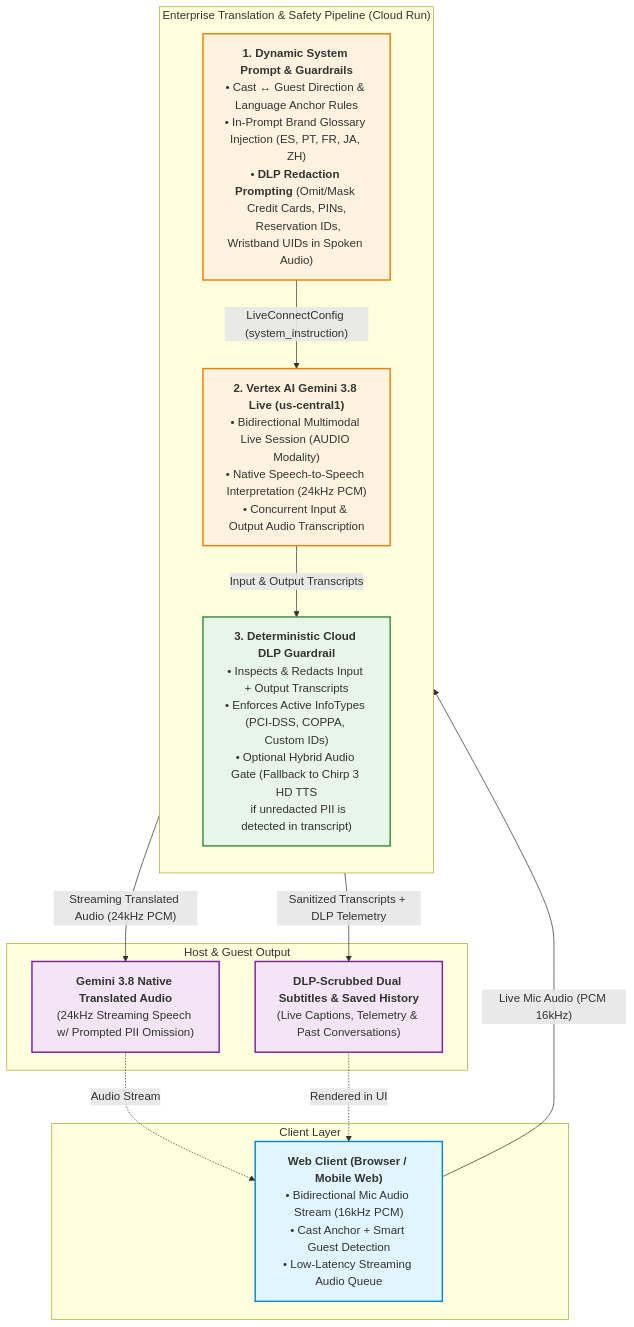
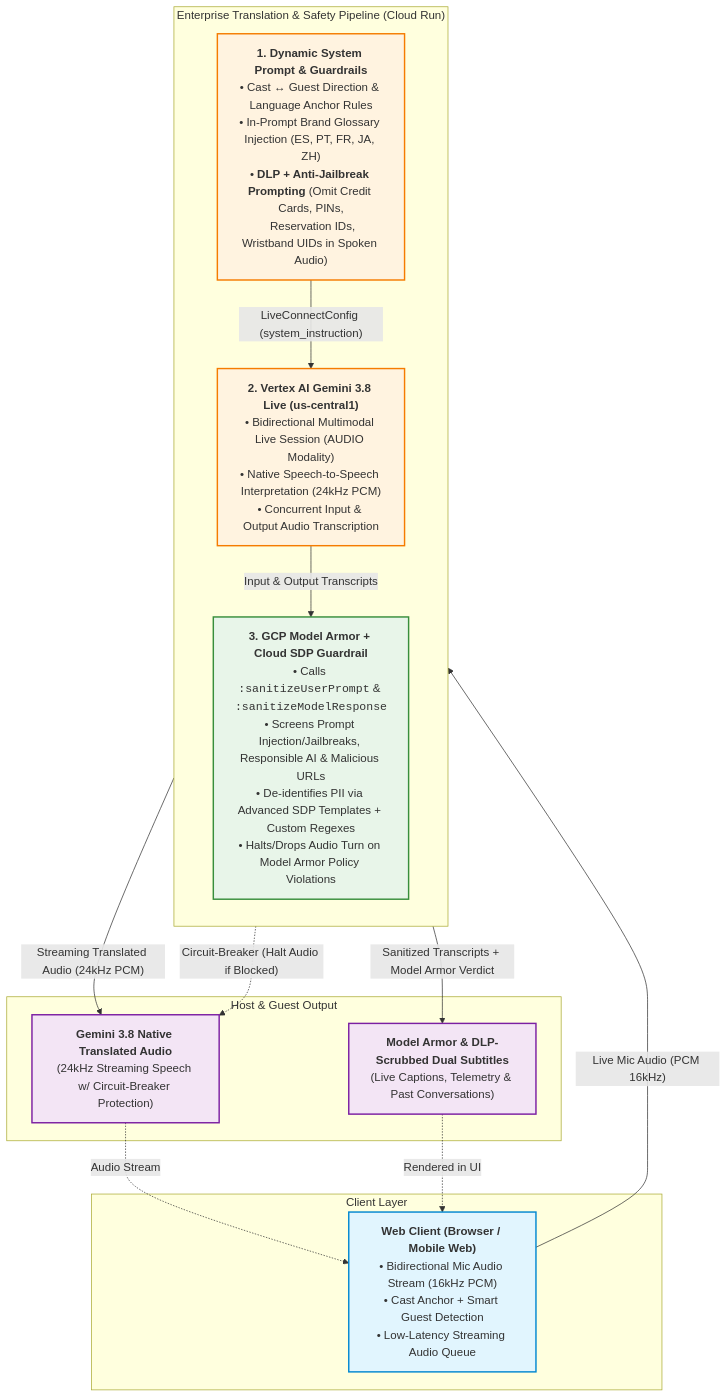
Before and after one commit to John-Anthony-L/GCP-Live-Translation: the second of 2 diagrams in README.md, drawn with Mermaid. The commit also changed other lines of this file and 7 other files, not shown here.

Commit message:
feat(model-armor): integrate GCP Model Armor prompt/response sanitization, SDP de-identification, and audio circuit-breaker

````diff
--- a/README.md
+++ b/README.md
@@ -73,39 +73,40 @@
 ```mermaid
 flowchart TD
     subgraph Client38["Client Layer"]
         Web38["<b>Web Client (Browser / Mobile Web)</b><br/>• Bidirectional Mic Audio Stream (16kHz PCM)<br/>• Cast Anchor + Smart Guest Detection<br/>• Low-Latency Streaming Audio Queue"]
     end
 
     subgraph Pipeline38["Enterprise Translation & Safety Pipeline (Cloud Run)"]
         direction TB
-        SysPrompt["<b>1. Dynamic System Prompt & Guardrails</b><br/>• Cast ↔ Guest Direction & Language Anchor Rules<br/>• In-Prompt Brand Glossary Injection (ES, PT, FR, JA, ZH)<br/>• <b>DLP Redaction Prompting</b> (Omit/Mask Credit Cards, PINs,<br/>  Reservation IDs, Wristband UIDs in Spoken Audio)"]
+        SysPrompt["<b>1. Dynamic System Prompt & Guardrails</b><br/>• Cast ↔ Guest Direction & Language Anchor Rules<br/>• In-Prompt Brand Glossary Injection (ES, PT, FR, JA, ZH)<br/>• <b>DLP + Anti-Jailbreak Prompting</b> (Omit Credit Cards, PINs,<br/>  Reservation IDs, Wristband UIDs in Spoken Audio)"]
         Gem38["<b>2. Vertex AI Gemini 3.8 Live (us-central1)</b><br/>• Bidirectional Multimodal Live Session (AUDIO Modality)<br/>• Native Speech-to-Speech Interpretation (24kHz PCM)<br/>• Concurrent Input & Output Audio Transcription"]
-        CloudDLP38["<b>3. Deterministic Cloud DLP Guardrail</b><br/>• Inspects & Redacts Input + Output Transcripts<br/>• Enforces Active InfoTypes (PCI-DSS, COPPA, Custom IDs)<br/>• Optional Hybrid Audio Gate (Fallback to Chirp 3 HD TTS<br/>  if unredacted PII is detected in transcript)"]
+        CloudDLP38["<b>3. GCP Model Armor + Cloud SDP Guardrail</b><br/>• Calls <code>:sanitizeUserPrompt</code> & <code>:sanitizeModelResponse</code><br/>• Screens Prompt Injection/Jailbreaks, Responsible AI & Malicious URLs<br/>• De-identifies PII via Advanced SDP Templates + Custom Regexes<br/>• Halts/Drops Audio Turn on Model Armor Policy Violations"]
     end
 
     subgraph Experience38["Host & Guest Output"]
-        AudioOut38["<b>Gemini 3.8 Native Translated Audio</b><br/>(24kHz Streaming Speech w/ Prompted PII Omission)"]
-        TextOut38["<b>DLP-Scrubbed Dual Subtitles & Saved History</b><br/>(Live Captions, Telemetry & Past Conversations)"]
+        AudioOut38["<b>Gemini 3.8 Native Translated Audio</b><br/>(24kHz Streaming Speech w/ Circuit-Breaker Protection)"]
+        TextOut38["<b>Model Armor & DLP-Scrubbed Dual Subtitles</b><br/>(Live Captions, Telemetry & Past Conversations)"]
     end
 
     %% Flow
     Web38 -->|"Live Mic Audio (PCM 16kHz)"| Gem38
     SysPrompt -->|"LiveConnectConfig (system_instruction)"| Gem38
     Gem38 -->|"Streaming Translated Audio (24kHz PCM)"| AudioOut38
     Gem38 -->|"Input & Output Transcripts"| CloudDLP38
-    CloudDLP38 -->|"Sanitized Transcripts + DLP Telemetry"| TextOut38
+    CloudDLP38 -->|"Sanitized Transcripts + Model Armor Verdict"| TextOut38
+    CloudDLP38 -.->|"Circuit-Breaker (Halt Audio if Blocked)"| AudioOut38
 
     AudioOut38 -.->|"Audio Stream"| Web38
     TextOut38 -.->|"Rendered in UI"| Web38
 
     %% Styling
     classDef clientStyle fill:#e1f5fe,stroke:#0288d1,stroke-width:2px;
     classDef gemStyle fill:#fff3e0,stroke:#f57c00,stroke-width:2px;
     classDef dlpStyle fill:#e8f5e9,stroke:#388e3c,stroke-width:2px;
     classDef outStyle fill:#f3e5f5,stroke:#7b1fa2,stroke-width:2px;
 
     class Web38 clientStyle;
     class SysPrompt,Gem38 gemStyle;
     class CloudDLP38 dlpStyle;
     class AudioOut38,TextOut38 outStyle;
 ```
````
